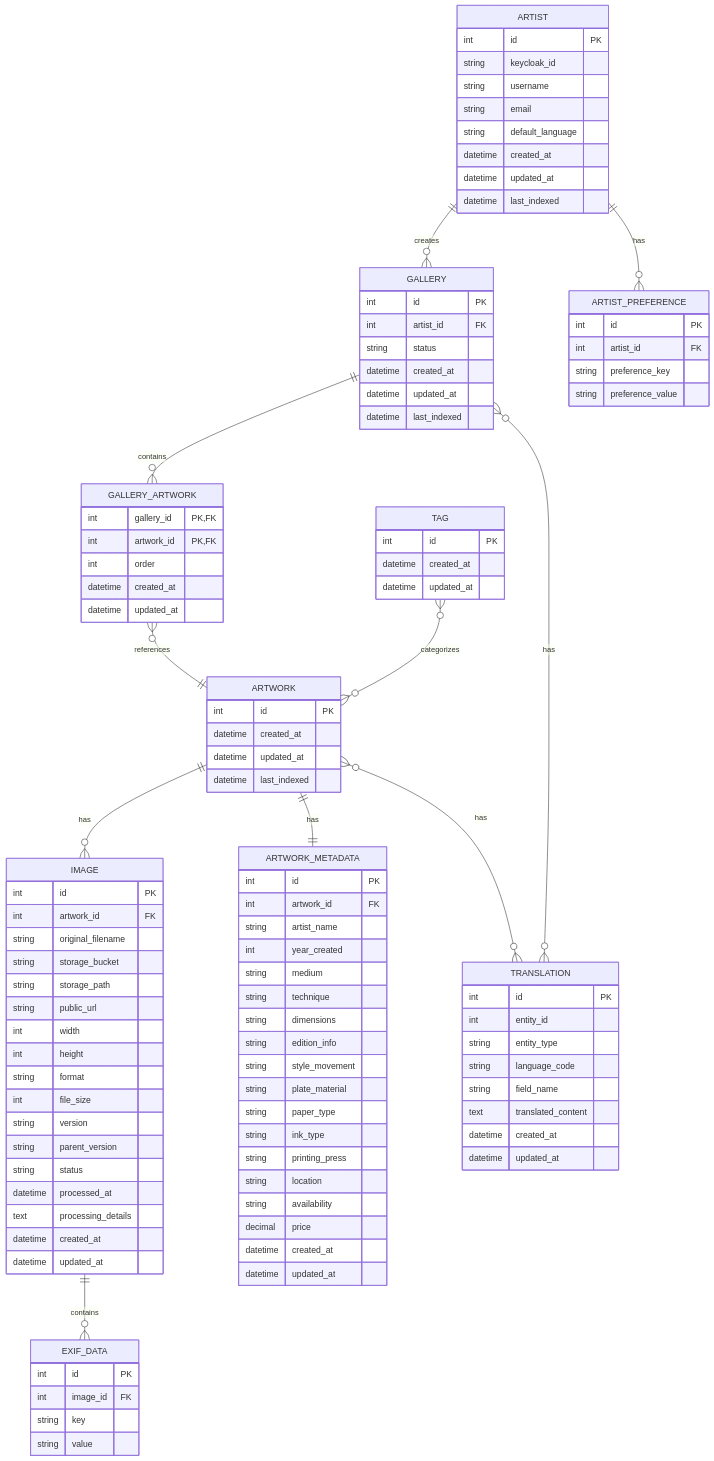
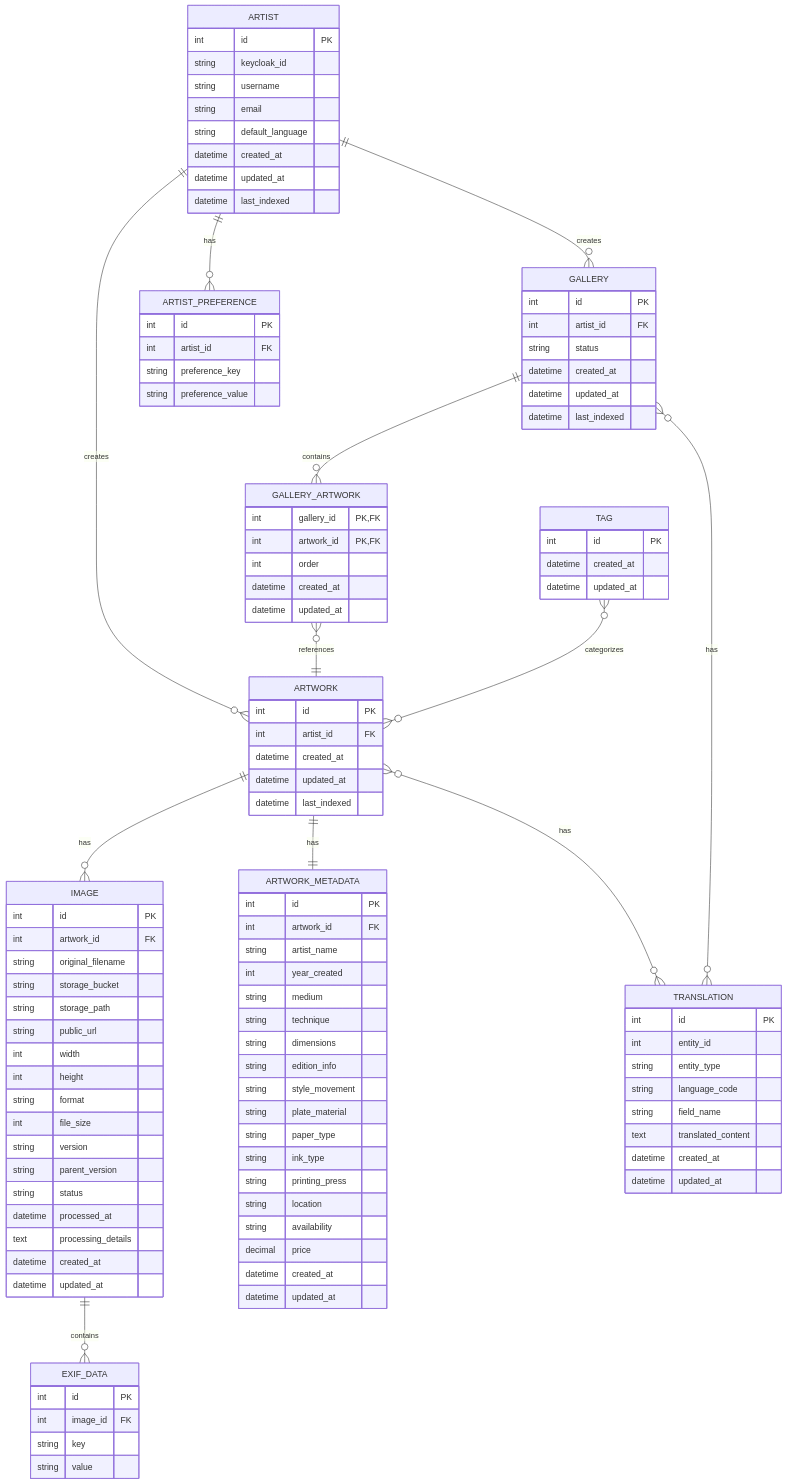
The diagram in docs/database/copper-print-gallery-er-diagram.mermaid (steen-elv/copper-print-gallery-spec), drawn with Mermaid before and after one commit. The commit also changed 1 other file, not shown here.

Commit message:
updated the data model. Artists creates artwork so there is a one-to-many relation there

```diff
--- a/docs/database/copper-print-gallery-er-diagram.mermaid
+++ b/docs/database/copper-print-gallery-er-diagram.mermaid
@@ -1,118 +1,120 @@
 erDiagram
     ARTIST ||--o{ GALLERY : creates
+    ARTIST ||--o{ ARTWORK : creates
     GALLERY ||--o{ GALLERY_ARTWORK : contains
     GALLERY_ARTWORK }o--|| ARTWORK : references
     ARTWORK ||--o{ IMAGE : has
     ARTWORK ||--|| ARTWORK_METADATA : has
     TAG }o--o{ ARTWORK : categorizes
     IMAGE ||--o{ EXIF_DATA : contains
     ARTIST ||--o{ ARTIST_PREFERENCE : has
     ARTWORK }o--o{ TRANSLATION : has
     GALLERY }o--o{ TRANSLATION : has
 
     ARTIST {
         int id PK
         string keycloak_id
         string username
         string email
         string default_language
         datetime created_at
         datetime updated_at
         datetime last_indexed
     }
 
     ARTIST_PREFERENCE {
         int id PK
         int artist_id FK
         string preference_key
         string preference_value
     }
 
     GALLERY {
         int id PK
         int artist_id FK
         string status
         datetime created_at
         datetime updated_at
         datetime last_indexed
     }
 
     GALLERY_ARTWORK {
         int gallery_id PK,FK
         int artwork_id PK,FK
         int order
         datetime created_at
         datetime updated_at
     }
 
     ARTWORK {
         int id PK
+        int artist_id FK
         datetime created_at
         datetime updated_at
         datetime last_indexed
     }
 
     IMAGE {
         int id PK
         int artwork_id FK
         string original_filename
         string storage_bucket
         string storage_path
         string public_url
         int width
         int height
         string format
         int file_size
         string version
         string parent_version
         string status
         datetime processed_at
         text processing_details
         datetime created_at
         datetime updated_at
     }
 
     EXIF_DATA {
         int id PK
         int image_id FK
         string key
         string value
     }
 
     ARTWORK_METADATA {
         int id PK
         int artwork_id FK
         string artist_name
         int year_created
         string medium
         string technique
         string dimensions
         string edition_info
         string style_movement
         string plate_material
         string paper_type
         string ink_type
         string printing_press
         string location
         string availability
         decimal price
         datetime created_at
         datetime updated_at
     }
 
     TAG {
         int id PK
         datetime created_at
         datetime updated_at
     }
 
     TRANSLATION {
         int id PK
         int entity_id
         string entity_type
         string language_code
         string field_name
         text translated_content
         datetime created_at
         datetime updated_at
     }
```
